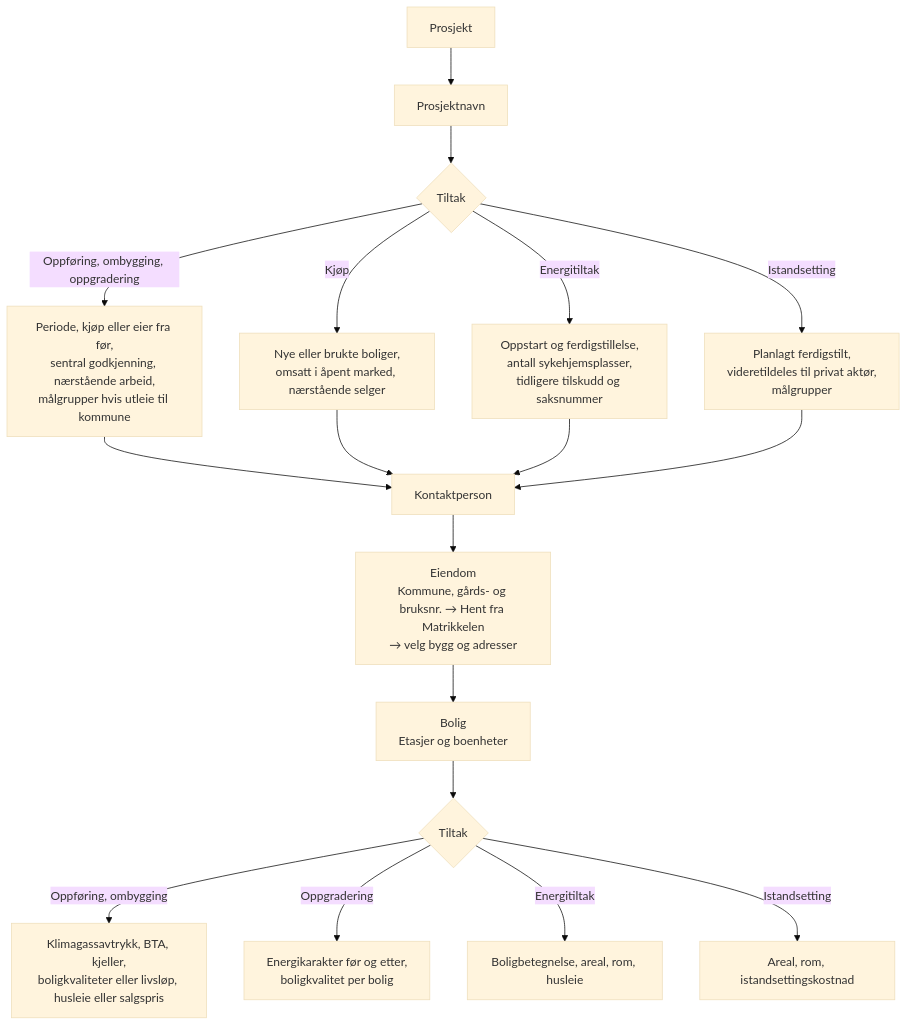
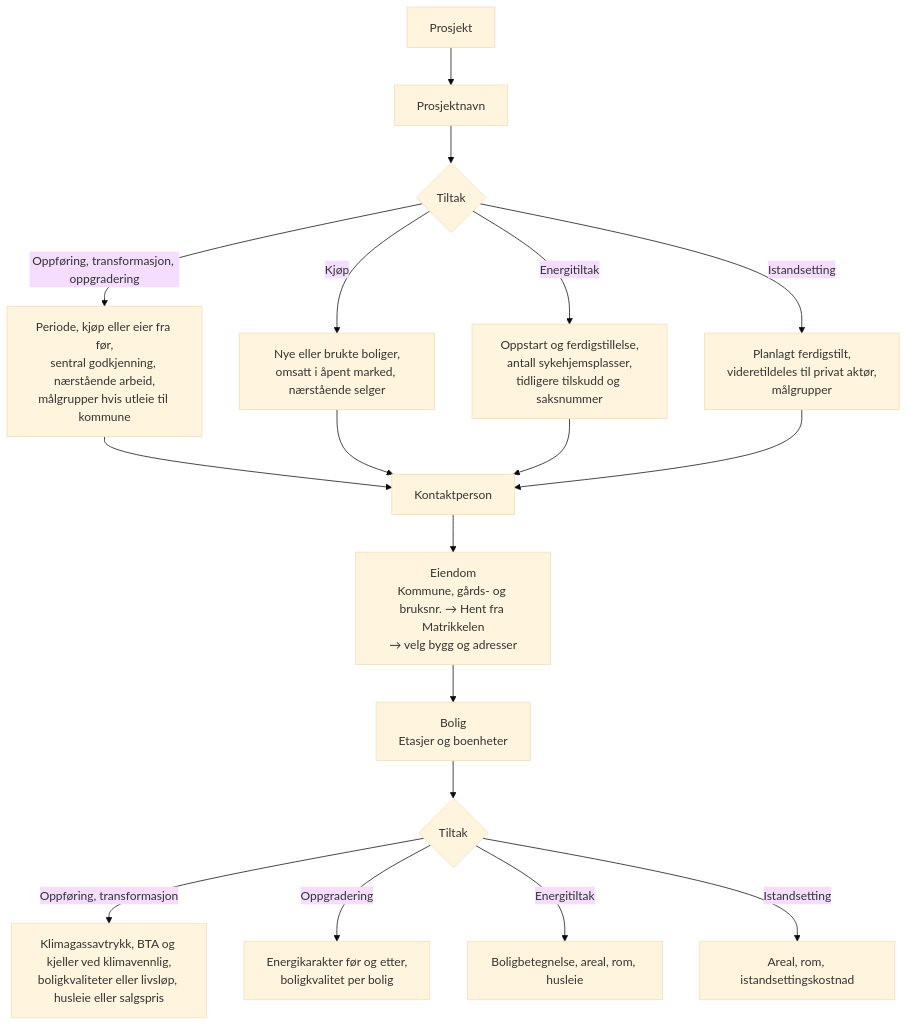
The fourth of 6 diagrams in grunnlan-esoknad/FLYTER.md (Pettersommerseth1994/husbanken), drawn with Mermaid (base theme) before and after one commit. The commit also changed other lines of this file and 5 other files, not shown here.

First line of the commit message:
E-søknaden: klima bare for klimavennlig formål, og transformasjon

````diff
--- a/grunnlan-esoknad/FLYTER.md
+++ b/grunnlan-esoknad/FLYTER.md
@@ -90,18 +90,18 @@
 ```mermaid
 flowchart TD
   P[Prosjekt] --> P1[Prosjektnavn]
   P1 --> PX{Tiltak}
-  PX -->|Oppføring, ombygging, oppgradering| PA[Periode, kjøp eller eier fra før,<br/>sentral godkjenning, nærstående arbeid,<br/>målgrupper hvis utleie til kommune]
+  PX -->|Oppføring, transformasjon, oppgradering| PA[Periode, kjøp eller eier fra før,<br/>sentral godkjenning, nærstående arbeid,<br/>målgrupper hvis utleie til kommune]
   PX -->|Kjøp| PB[Nye eller brukte boliger,<br/>omsatt i åpent marked, nærstående selger]
   PX -->|Energitiltak| PC[Oppstart og ferdigstillelse,<br/>antall sykehjemsplasser,<br/>tidligere tilskudd og saksnummer]
   PX -->|Istandsetting| PD[Planlagt ferdigstilt,<br/>videretildeles til privat aktør,<br/>målgrupper]
   PA & PB & PC & PD --> P2[Kontaktperson]
 
   P2 --> EI[Eiendom<br/>Kommune, gårds- og bruksnr. → Hent fra Matrikkelen<br/>→ velg bygg og adresser]
   EI --> BO[Bolig<br/>Etasjer og boenheter]
   BO --> BX{Tiltak}
-  BX -->|Oppføring, ombygging| BA[Klimagassavtrykk, BTA, kjeller,<br/>boligkvaliteter eller livsløp, husleie eller salgspris]
+  BX -->|Oppføring, transformasjon| BA[Klimagassavtrykk, BTA og kjeller ved klimavennlig,<br/>boligkvaliteter eller livsløp, husleie eller salgspris]
   BX -->|Oppgradering| BB[Energikarakter før og etter,<br/>boligkvalitet per bolig]
   BX -->|Energitiltak| BC[Boligbetegnelse, areal, rom, husleie]
   BX -->|Istandsetting| BD[Areal, rom, istandsettingskostnad]
 ```
````
